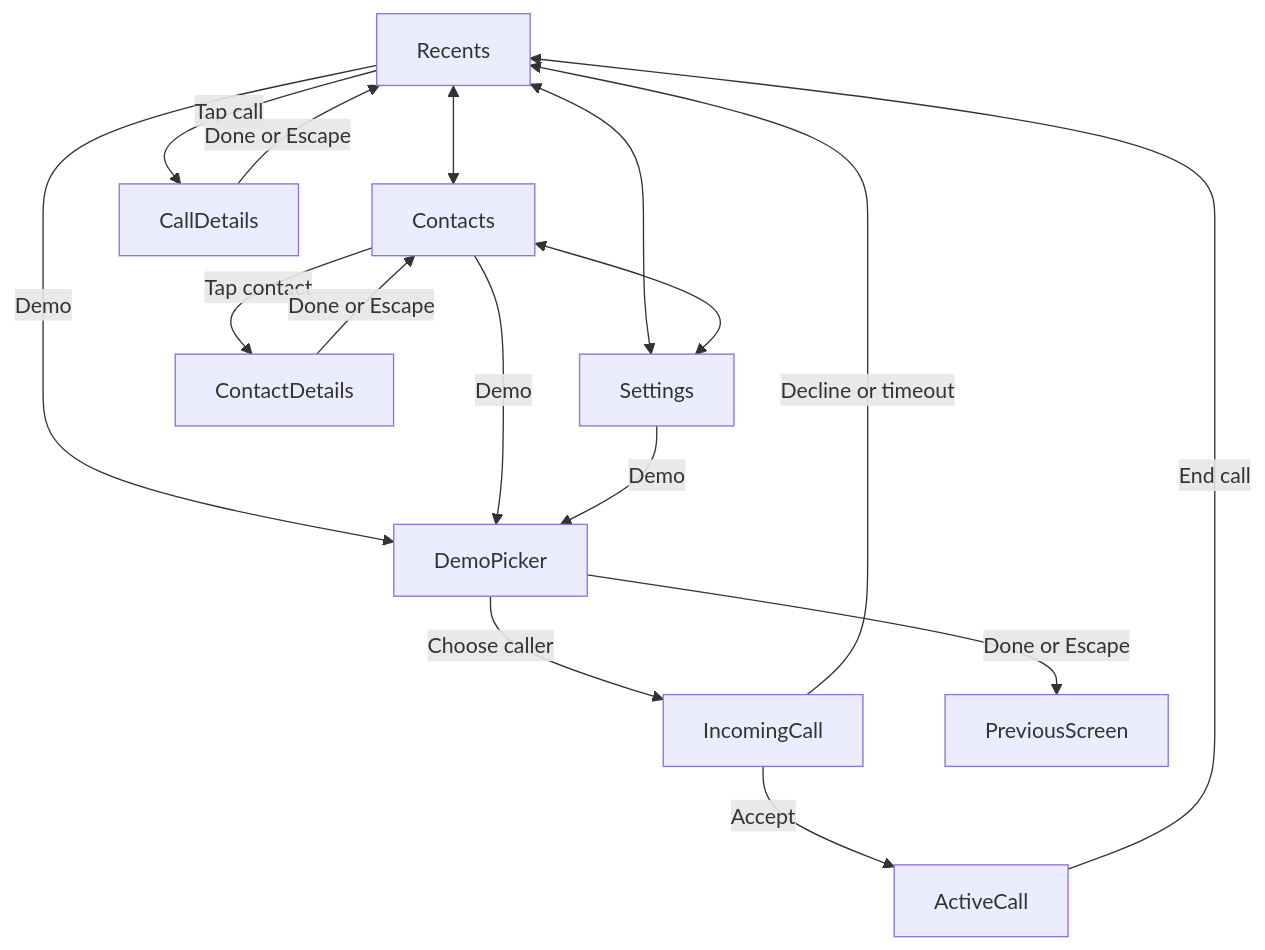
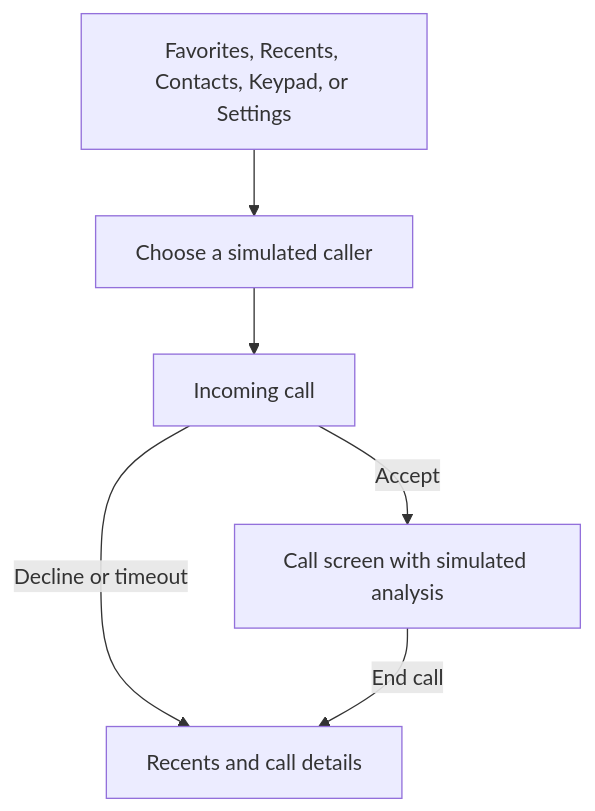
One commit to shreymp/congressional-app-challenge-2026 changed the diagram in frontendscreens/README.md. Above: the diagram before and after it, drawn with Mermaid. The commit also changed other lines of this file and 343 other files, not shown here.

````diff
--- a/frontendscreens/README.md
+++ b/frontendscreens/README.md
@@ -12,18 +16,8 @@
 ```mermaid
 flowchart TD
-  Recents <--> Contacts
-  Recents <--> Settings
-  Contacts <--> Settings
-  Recents -->|Tap call| CallDetails
-  Contacts -->|Tap contact| ContactDetails
-  CallDetails -->|Done or Escape| Recents
-  ContactDetails -->|Done or Escape| Contacts
-  Recents -->|Demo| DemoPicker
-  Contacts -->|Demo| DemoPicker
-  Settings -->|Demo| DemoPicker
-  DemoPicker -->|Choose caller| IncomingCall
-  DemoPicker -->|Done or Escape| PreviousScreen
-  IncomingCall -->|Accept| ActiveCall
-  IncomingCall -->|Decline or timeout| Recents
-  ActiveCall -->|End call| Recents
+  Home[Favorites, Recents, Contacts, Keypad, or Settings] --> Demo[Choose a simulated caller]
+  Demo --> Incoming[Incoming call]
+  Incoming -->|Accept| Active[Call screen with simulated analysis]
+  Incoming -->|Decline or timeout| History[Recents and call details]
+  Active -->|End call| History
 ```
````
